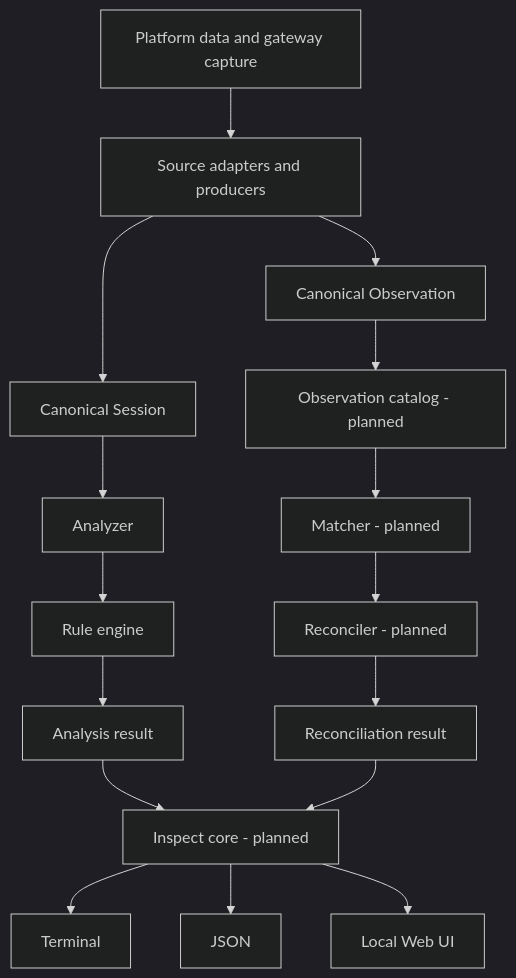
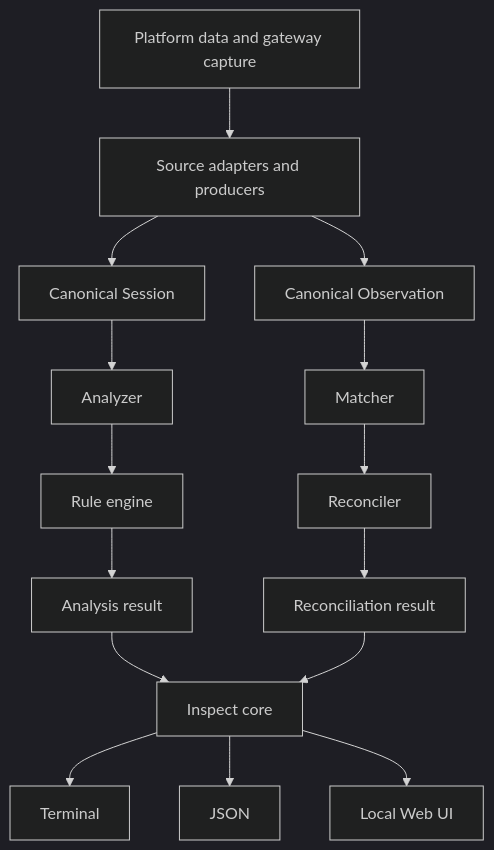
One commit to thanhpham0406/tok-doctor changed the first of 7 diagrams in docs/architecture.md. Above: the diagram before and after it, drawn with Mermaid (dark theme). The commit also changed other lines of this file and 8 other files, not shown here.

````diff
--- a/docs/architecture.md
+++ b/docs/architecture.md
@@ -36,23 +38,22 @@
 ```mermaid
 flowchart TD
     Raw[Platform data and gateway capture]
     Raw --> Adapter[Source adapters and producers]
 
     Adapter --> Session[Canonical Session]
     Session --> Analyzer[Analyzer]
     Analyzer --> Rules[Rule engine]
     Rules --> Analysis[Analysis result]
 
     Adapter --> Observation[Canonical Observation]
-    Observation --> Catalog[Observation catalog - planned]
-    Catalog --> Matcher[Matcher - planned]
-    Matcher --> Reconciler[Reconciler - planned]
+    Observation --> Matcher[Matcher]
+    Matcher --> Reconciler[Reconciler]
     Reconciler --> Reconciliation[Reconciliation result]
 
-    Analysis --> Inspect[Inspect core - planned]
+    Analysis --> Inspect[Inspect core]
     Reconciliation --> Inspect
 
     Inspect --> Terminal[Terminal]
     Inspect --> JSON[JSON]
     Inspect --> WebUI[Local Web UI]
 ```
````
